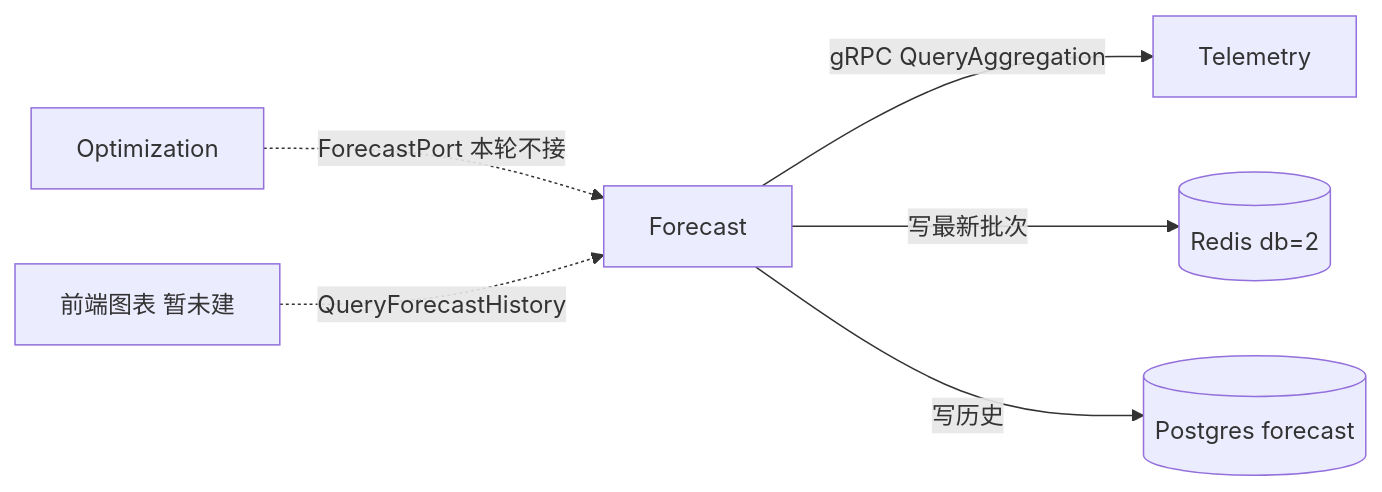
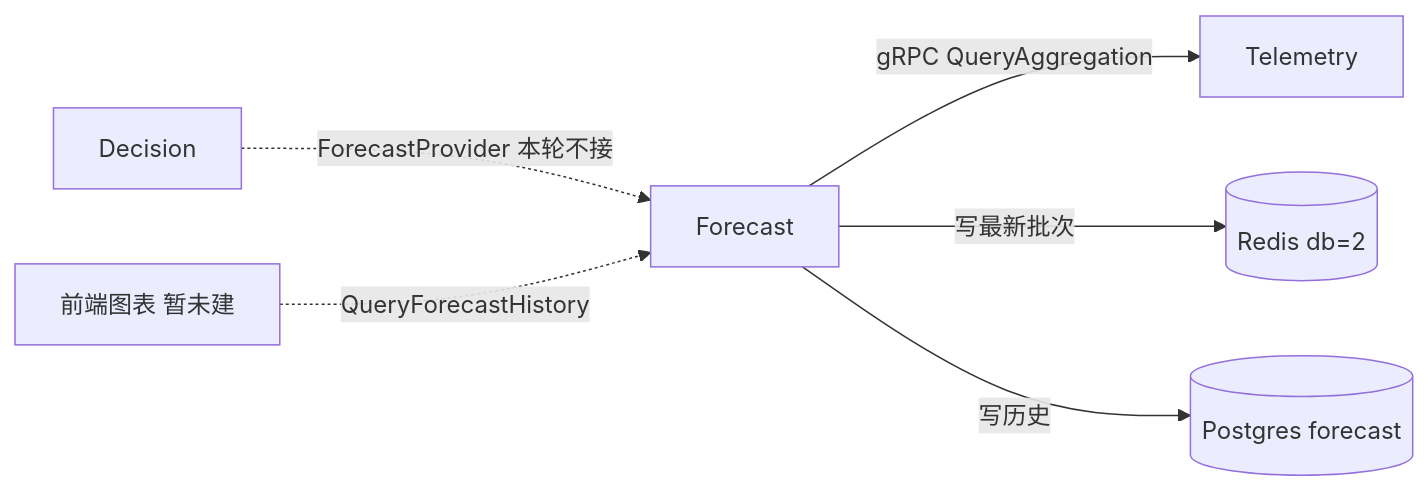
Before and after one commit to mushroomyuan/vpp-backend: the second of 2 diagrams in internal/forecast/OVERVIEW.md, drawn with Mermaid. The commit also changed other lines of this file and 230 other files, not shown here.

First line of the commit message:
feat(decision): replace optimization with a persisted decision service

````diff
--- a/internal/forecast/OVERVIEW.md
+++ b/internal/forecast/OVERVIEW.md
@@ -63,8 +63,8 @@
 ```mermaid
 flowchart LR
     Fc[Forecast] -->|gRPC QueryAggregation| Tel[Telemetry]
     Fc -->|写最新批次| Redis[(Redis db=2)]
     Fc -->|写历史| PG[(Postgres forecast)]
-    Opt[Optimization] -.->|ForecastPort 本轮不接| Fc
+    Dec[Decision] -.->|ForecastProvider 本轮不接| Fc
     UI["前端图表 暂未建"] -.->|QueryForecastHistory| Fc
 ```
````
